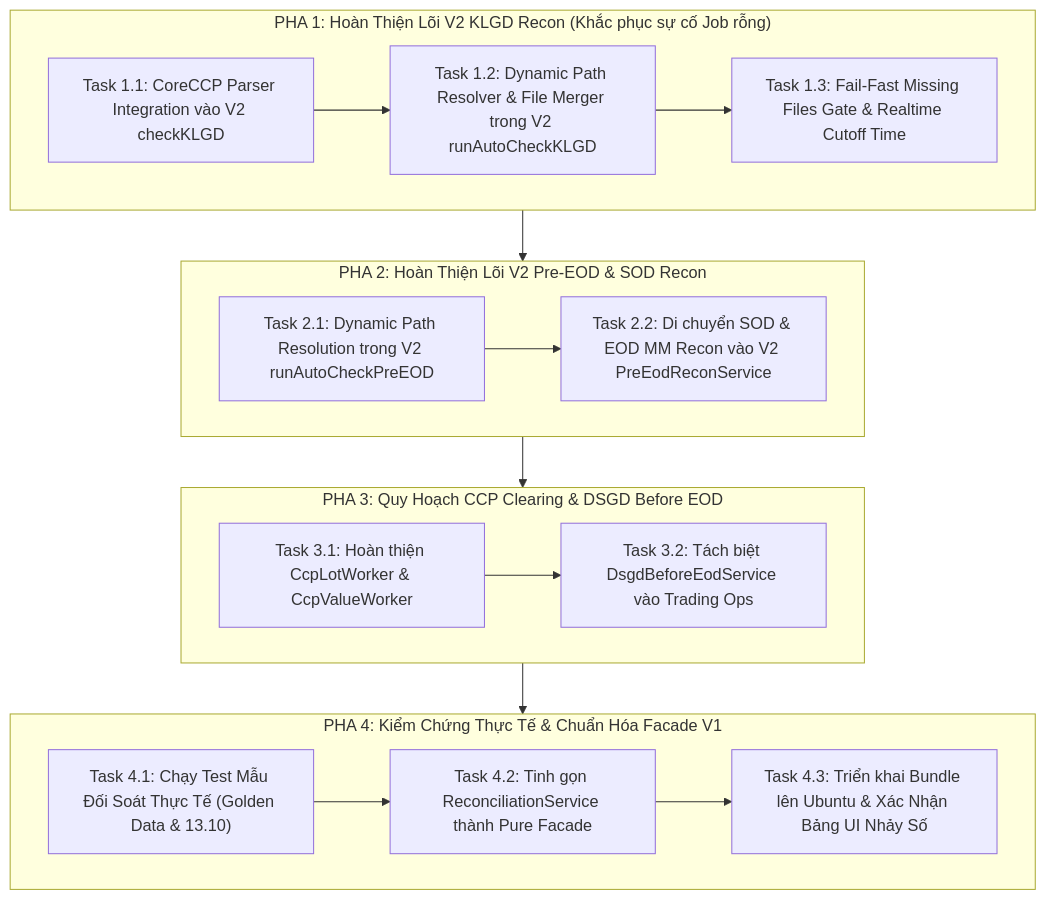
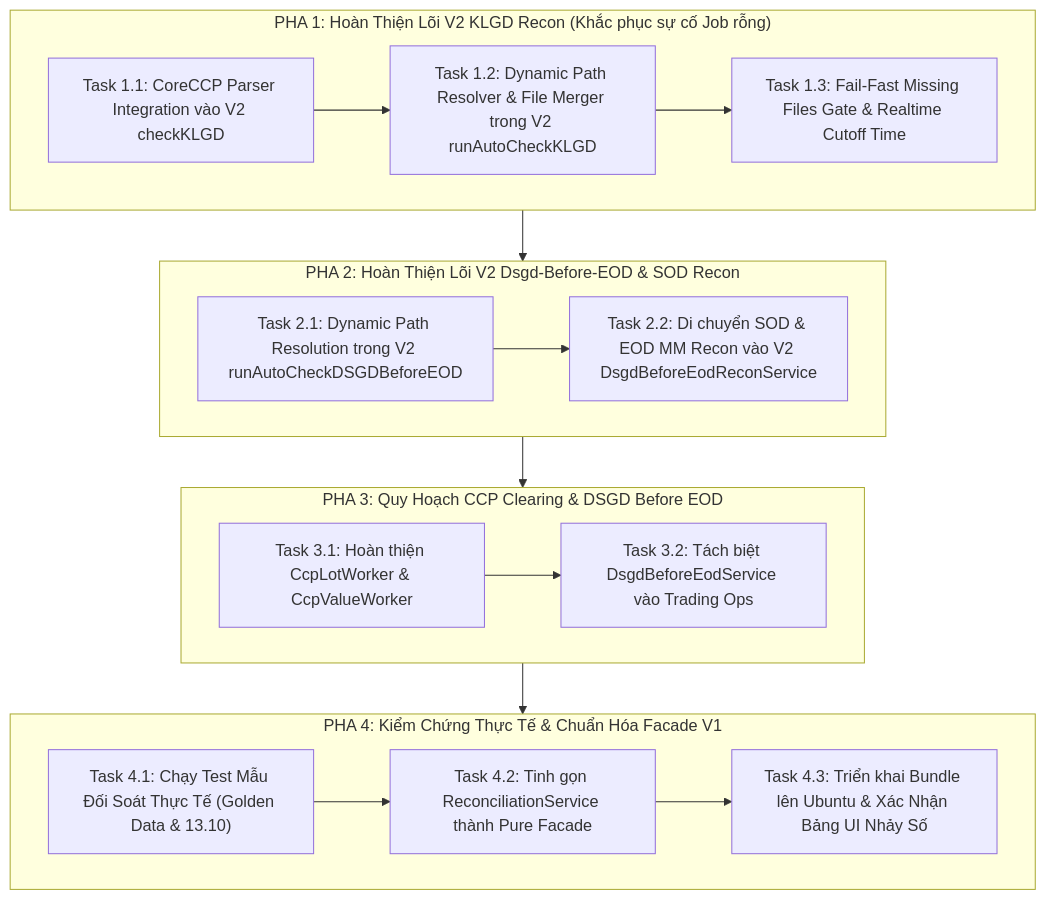
One commit to broly1009a/mxv-shift-checklist changed the diagram in docs/moi/KE_HOACH_CUON_CHIEU_HOAN_THIEN_TRADING_OPS_RECONCILIATION.md. Above: the diagram before and after it, drawn with Mermaid. The commit also changed other lines of this file and 165 other files, not shown here.

````diff
--- a/docs/moi/KE_HOACH_CUON_CHIEU_HOAN_THIEN_TRADING_OPS_RECONCILIATION.md
+++ b/docs/moi/KE_HOACH_CUON_CHIEU_HOAN_THIEN_TRADING_OPS_RECONCILIATION.md
@@ -30,22 +31,22 @@
 ```mermaid
 flowchart TD
     subgraph P1["PHA 1: Hoàn Thiện Lõi V2 KLGD Recon (Khắc phục sự cố Job rỗng)"]
         T11["Task 1.1: CoreCCP Parser Integration vào V2 checkKLGD"] --> T12["Task 1.2: Dynamic Path Resolver & File Merger trong V2 runAutoCheckKLGD"]
         T12 --> T13["Task 1.3: Fail-Fast Missing Files Gate & Realtime Cutoff Time"]
     end
 
-    subgraph P2["PHA 2: Hoàn Thiện Lõi V2 Pre-EOD & SOD Recon"]
-        T21["Task 2.1: Dynamic Path Resolution trong V2 runAutoCheckPreEOD"] --> T22["Task 2.2: Di chuyển SOD & EOD MM Recon vào V2 PreEodReconService"]
+    subgraph P2["PHA 2: Hoàn Thiện Lõi V2 Dsgd-Before-EOD & SOD Recon"]
+        T21["Task 2.1: Dynamic Path Resolution trong V2 runAutoCheckDSGDBeforeEOD"] --> T22["Task 2.2: Di chuyển SOD & EOD MM Recon vào V2 DsgdBeforeEodReconService"]
     end
 
     subgraph P3["PHA 3: Quy Hoạch CCP Clearing & DSGD Before EOD"]
         T31["Task 3.1: Hoàn thiện CcpLotWorker & CcpValueWorker"] --> T32["Task 3.2: Tách biệt DsgdBeforeEodService vào Trading Ops"]
     end
 
     subgraph P4["PHA 4: Kiểm Chứng Thực Tế & Chuẩn Hóa Facade V1"]
         T41["Task 4.1: Chạy Test Mẫu Đối Soát Thực Tế (Golden Data & 13.10)"] --> T42["Task 4.2: Tinh gọn ReconciliationService thành Pure Facade"]
         T42 --> T43["Task 4.3: Triển khai Bundle lên Ubuntu & Xác Nhận Bảng UI Nhảy Số"]
     end
 
     P1 --> P2 --> P3 --> P4
 ```
````
